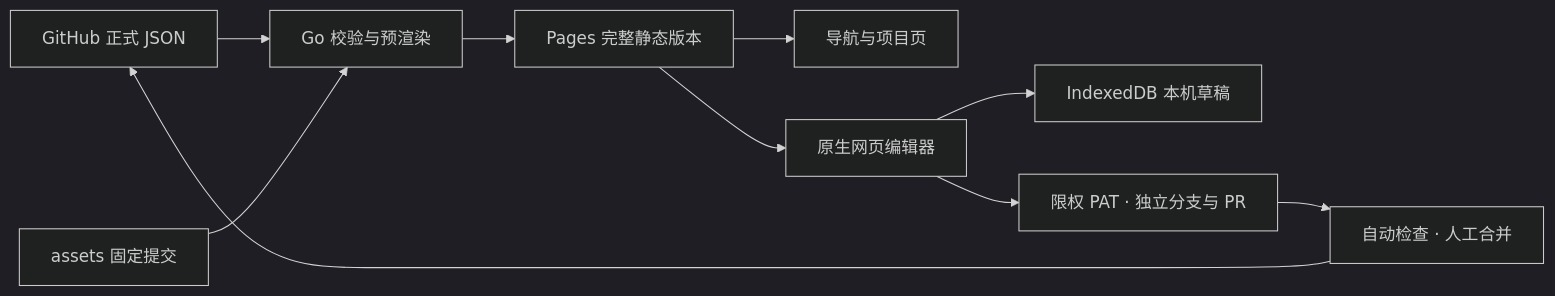
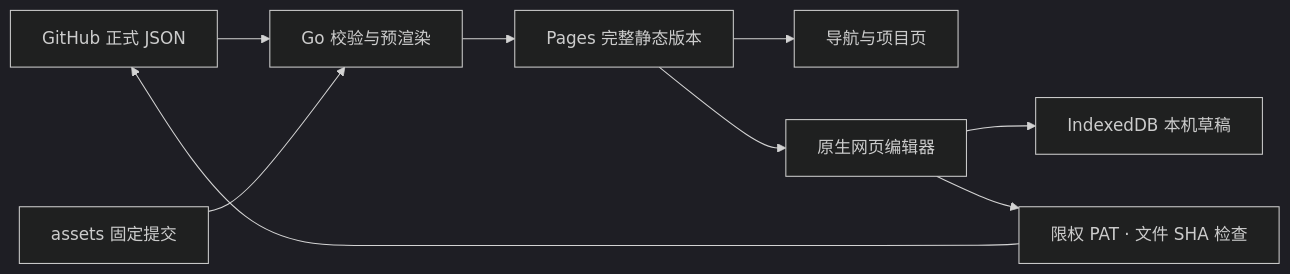
Before and after one commit to zzpice/zzp-home: the diagram in docs/architecture.md, drawn with Mermaid (dark theme). The commit also changed other lines of this file and 27 other files, not shown here.

````diff
--- a/docs/architecture.md
+++ b/docs/architecture.md
@@ -5,12 +5,11 @@
 ```mermaid
 flowchart LR
   G[GitHub 正式 JSON] --> B[Go 校验与预渲染]
   A[assets 固定提交] --> B
   B --> P[Pages 完整静态版本]
   P --> V[导航与项目页]
   P --> E[原生网页编辑器]
   E --> D[IndexedDB 本机草稿]
-  E --> R[限权 PAT · 独立分支与 PR]
-  R --> C[自动检查 · 人工合并]
-  C --> G
+  E --> R[限权 PAT · 文件 SHA 检查]
+  R --> G
 ```
````
